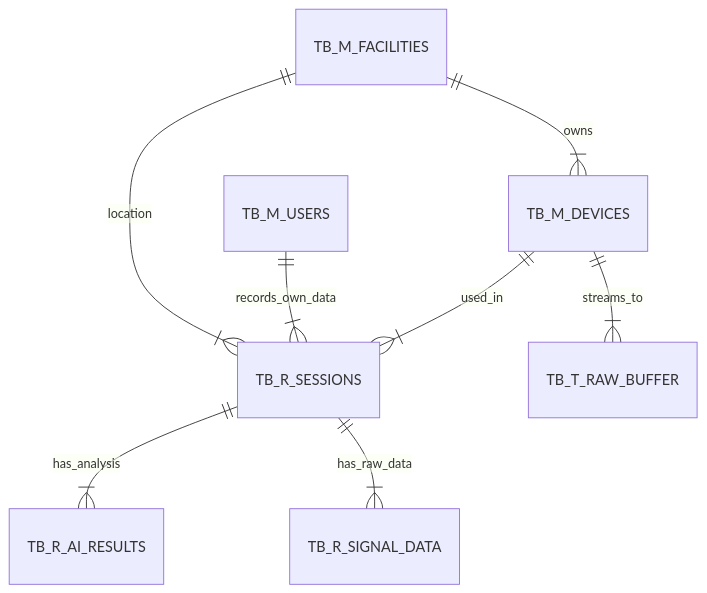
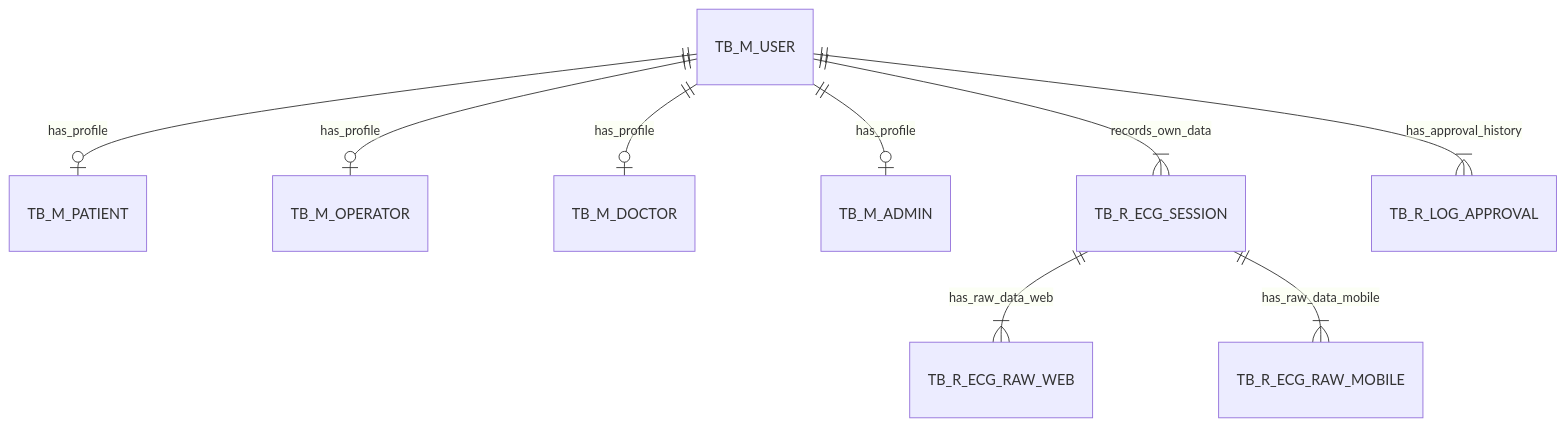
The second of 2 diagrams in DESIGN_DOCUMENT.md (affanrk/ecg-puskesmas), drawn with Mermaid before and after one commit. The commit also changed other lines of this file, not shown here.

````diff
--- a/DESIGN_DOCUMENT.md
+++ b/DESIGN_DOCUMENT.md
@@ -55,17 +58,15 @@
 ```mermaid
 erDiagram
     %% Master Tables
-    TB_M_FACILITIES ||--|{ TB_M_DEVICES : owns
-    TB_M_FACILITIES ||--|{ TB_R_SESSIONS : location
+    TB_M_USER ||--o| TB_M_PATIENT : has_profile
+    TB_M_USER ||--o| TB_M_OPERATOR : has_profile
+    TB_M_USER ||--o| TB_M_DOCTOR : has_profile
+    TB_M_USER ||--o| TB_M_ADMIN : has_profile
     
-    TB_M_USERS ||--|{ TB_R_SESSIONS : records_own_data
-    
-    TB_M_DEVICES ||--|{ TB_R_SESSIONS : used_in
+    TB_M_USER ||--|{ TB_R_ECG_SESSION : records_own_data
+    TB_M_USER ||--|{ TB_R_LOG_APPROVAL : has_approval_history
     
     %% Transaction Tables
-    TB_R_SESSIONS ||--|{ TB_R_AI_RESULTS : has_analysis
-    TB_R_SESSIONS ||--|{ TB_R_SIGNAL_DATA : has_raw_data
-    
-    %% Temporary Tables
-    TB_M_DEVICES ||--|{ TB_T_RAW_BUFFER : streams_to
+    TB_R_ECG_SESSION ||--|{ TB_R_ECG_RAW_WEB : has_raw_data_web
+    TB_R_ECG_SESSION ||--|{ TB_R_ECG_RAW_MOBILE : has_raw_data_mobile
 ```
````
